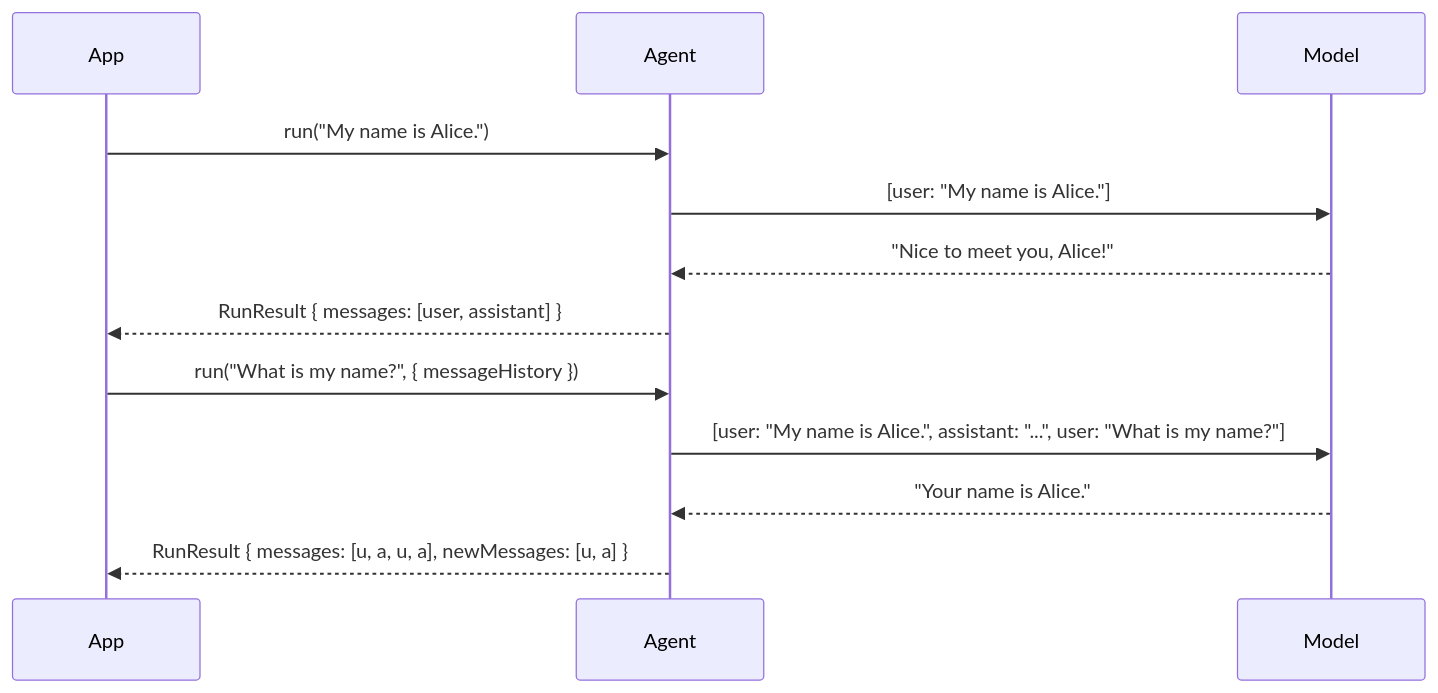
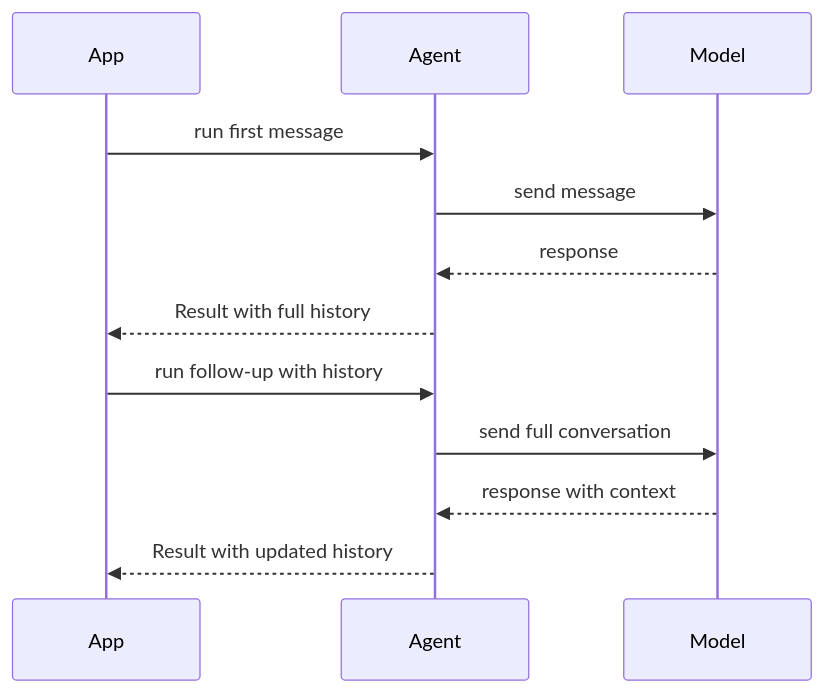
The diagram in packages/framework/docs/concepts/messages.mdx (a7ul/vibes), drawn with Mermaid before and after one commit. The commit also changed 26 other files, not shown here.

````diff
--- a/packages/framework/docs/concepts/messages.mdx
+++ b/packages/framework/docs/concepts/messages.mdx
@@ -10,16 +10,16 @@
 ```mermaid
 sequenceDiagram
     participant App
     participant Agent
     participant Model
 
-    App->>Agent: run("My name is Alice.")
-    Agent->>Model: [user: "My name is Alice."]
-    Model-->>Agent: "Nice to meet you, Alice!"
-    Agent-->>App: RunResult { messages: [user, assistant] }
+    App->>Agent: run first message
+    Agent->>Model: send message
+    Model-->>Agent: response
+    Agent-->>App: Result with full history
 
-    App->>Agent: run("What is my name?", { messageHistory })
-    Agent->>Model: [user: "My name is Alice.", assistant: "...", user: "What is my name?"]
-    Model-->>Agent: "Your name is Alice."
-    Agent-->>App: RunResult { messages: [u, a, u, a], newMessages: [u, a] }
+    App->>Agent: run follow-up with history
+    Agent->>Model: send full conversation
+    Model-->>Agent: response with context
+    Agent-->>App: Result with updated history
 ```
````
